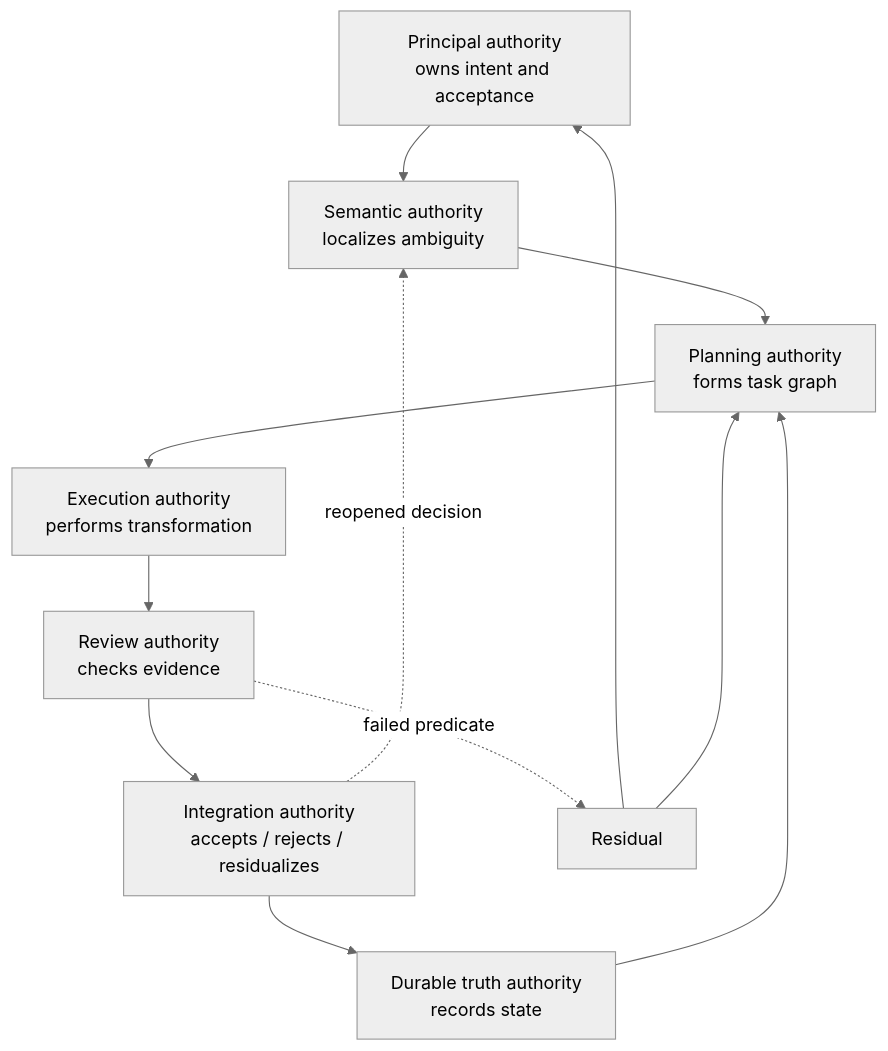
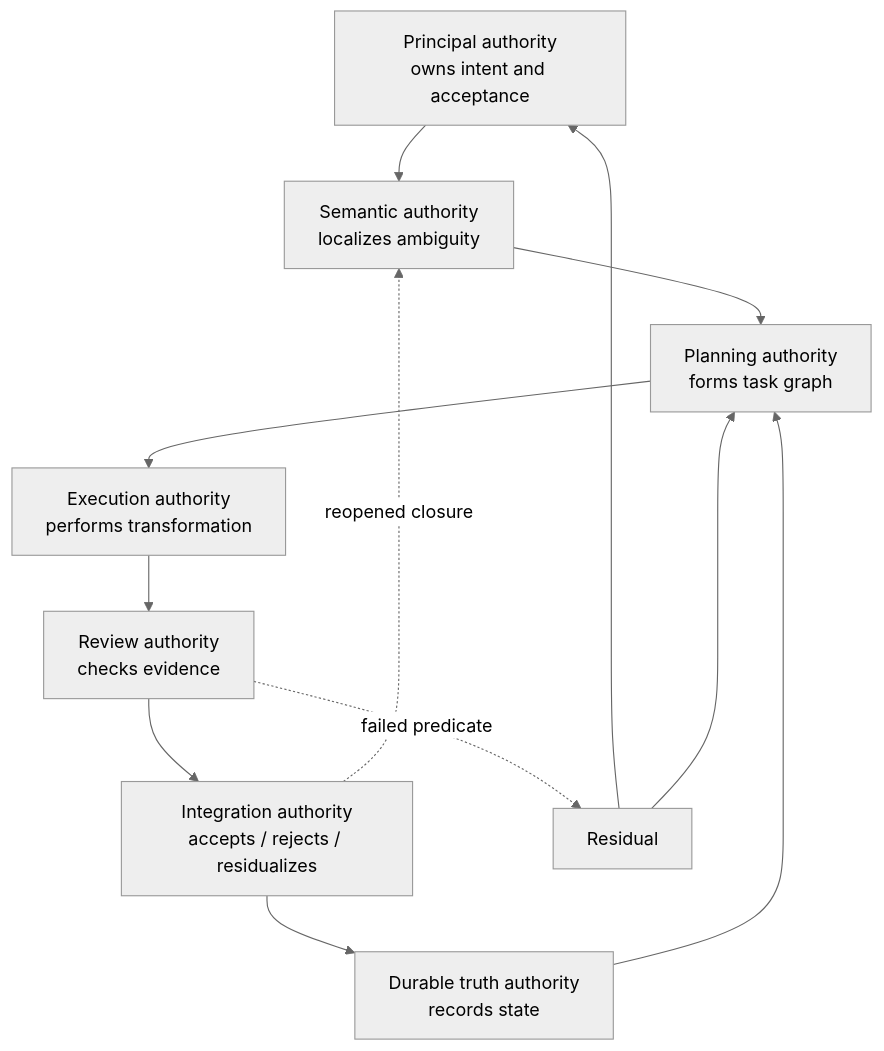
One commit to andrey-kokoev/narada.usc changed the ninth of 9 diagrams in docs/system.md. Above: the diagram before and after it, drawn with Mermaid (neutral theme). The commit also changed other lines of this file and 23 other files, not shown here.

````diff
--- a/docs/system.md
+++ b/docs/system.md
@@ -212,15 +212,15 @@
 ```mermaid
 flowchart TD
   Principal["Principal authority<br>owns intent and acceptance"] --> Semantic["Semantic authority<br>localizes ambiguity"]
   Semantic --> Planning["Planning authority<br>forms task graph"]
   Planning --> Execution["Execution authority<br>performs transformation"]
   Execution --> Review["Review authority<br>checks evidence"]
   Review --> Integration["Integration authority<br>accepts / rejects / residualizes"]
   Integration --> Truth["Durable truth authority<br>records state"]
   Truth --> Planning
 
   Review -. failed predicate .-> Residual["Residual"]
-  Integration -. reopened decision .-> Semantic
+  Integration -. reopened closure .-> Semantic
   Residual --> Principal
   Residual --> Planning
 ```
````
